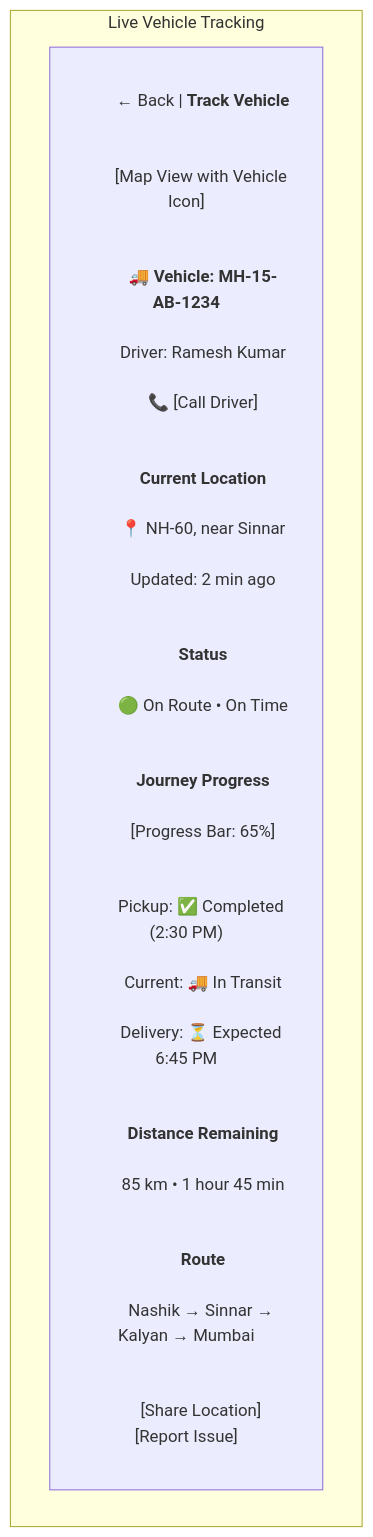
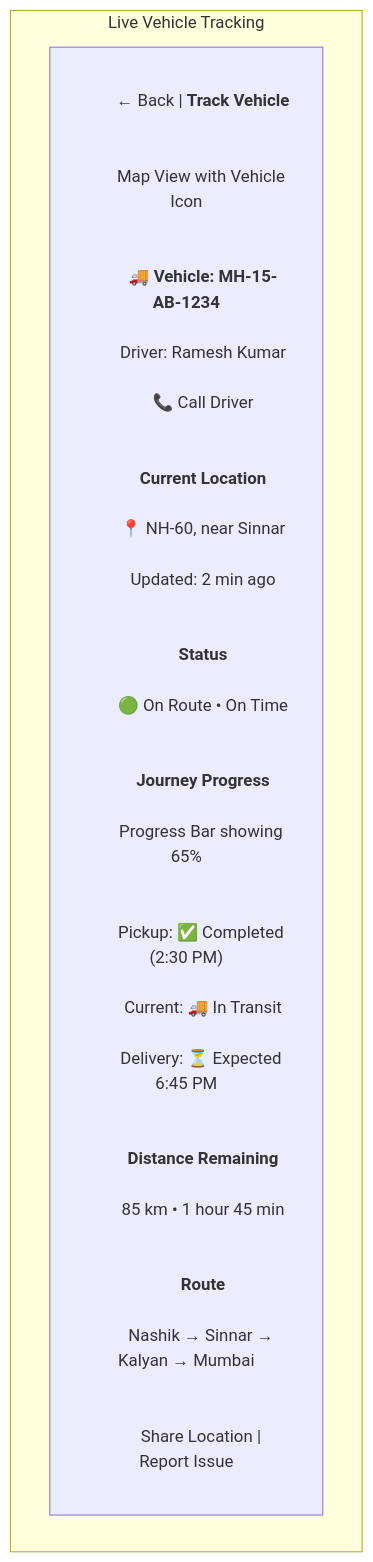
Diagram 55 of 56 in design.md (omband007/bharat-mandi-specs), drawn with Mermaid before and after one commit. The commit also changed other lines of this file, not shown here.

Commit message:
DB design with ER + Mermaid dia fixes

````diff
--- a/design.md
+++ b/design.md
@@ -2462,27 +2738,27 @@
 ```mermaid
 graph TD
     subgraph "Live Vehicle Tracking"
         AE["<div style='text-align:center'>
         ← Back | <b>Track Vehicle</b><br/><br/>
-        [Map View with Vehicle Icon]<br/><br/>
+        Map View with Vehicle Icon<br/><br/>
         🚚 <b>Vehicle: MH-15-AB-1234</b><br/>
         Driver: Ramesh Kumar<br/>
-        📞 [Call Driver]<br/><br/>
+        📞 Call Driver<br/><br/>
         <b>Current Location</b><br/>
         📍 NH-60, near Sinnar<br/>
         Updated: 2 min ago<br/><br/>
         <b>Status</b><br/>
         🟢 On Route • On Time<br/><br/>
         <b>Journey Progress</b><br/>
-        [Progress Bar: 65%]<br/><br/>
+        Progress Bar showing 65%<br/><br/>
         Pickup: ✅ Completed (2:30 PM)<br/>
         Current: 🚚 In Transit<br/>
         Delivery: ⏳ Expected 6:45 PM<br/><br/>
         <b>Distance Remaining</b><br/>
         85 km • 1 hour 45 min<br/><br/>
         <b>Route</b><br/>
         Nashik → Sinnar → Kalyan → Mumbai<br/><br/>
-        [Share Location] [Report Issue]
+        Share Location | Report Issue
         </div>"]
     end
 ```
````
